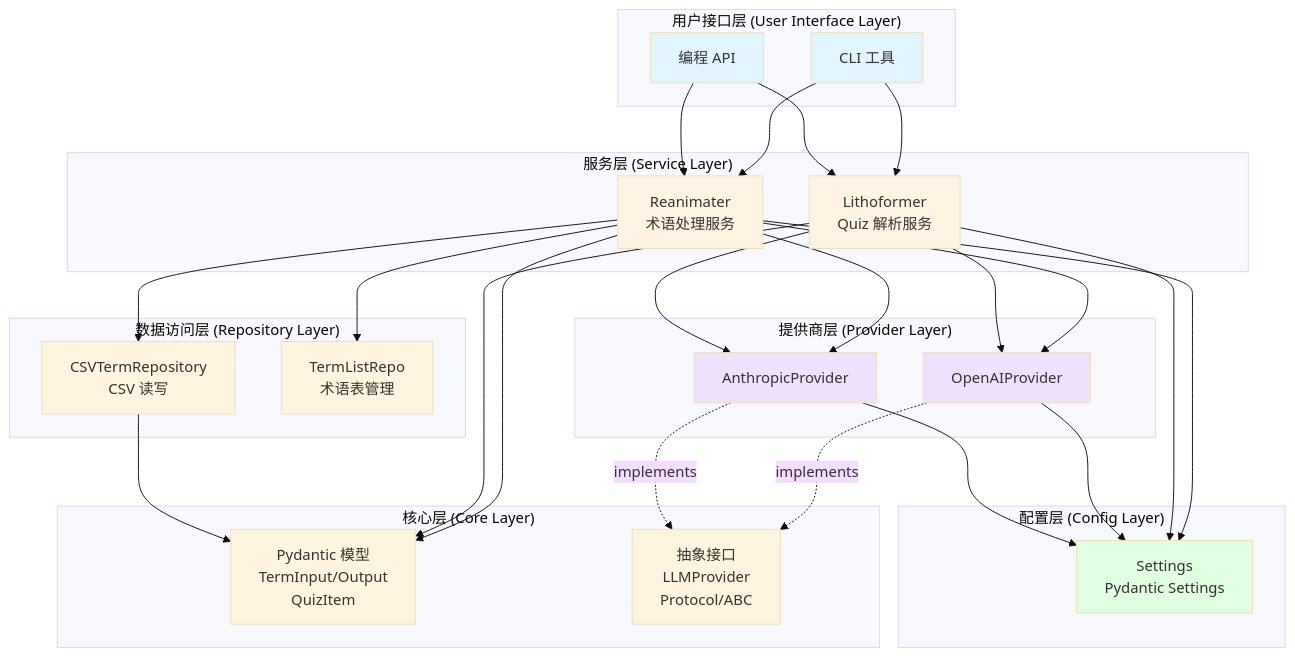
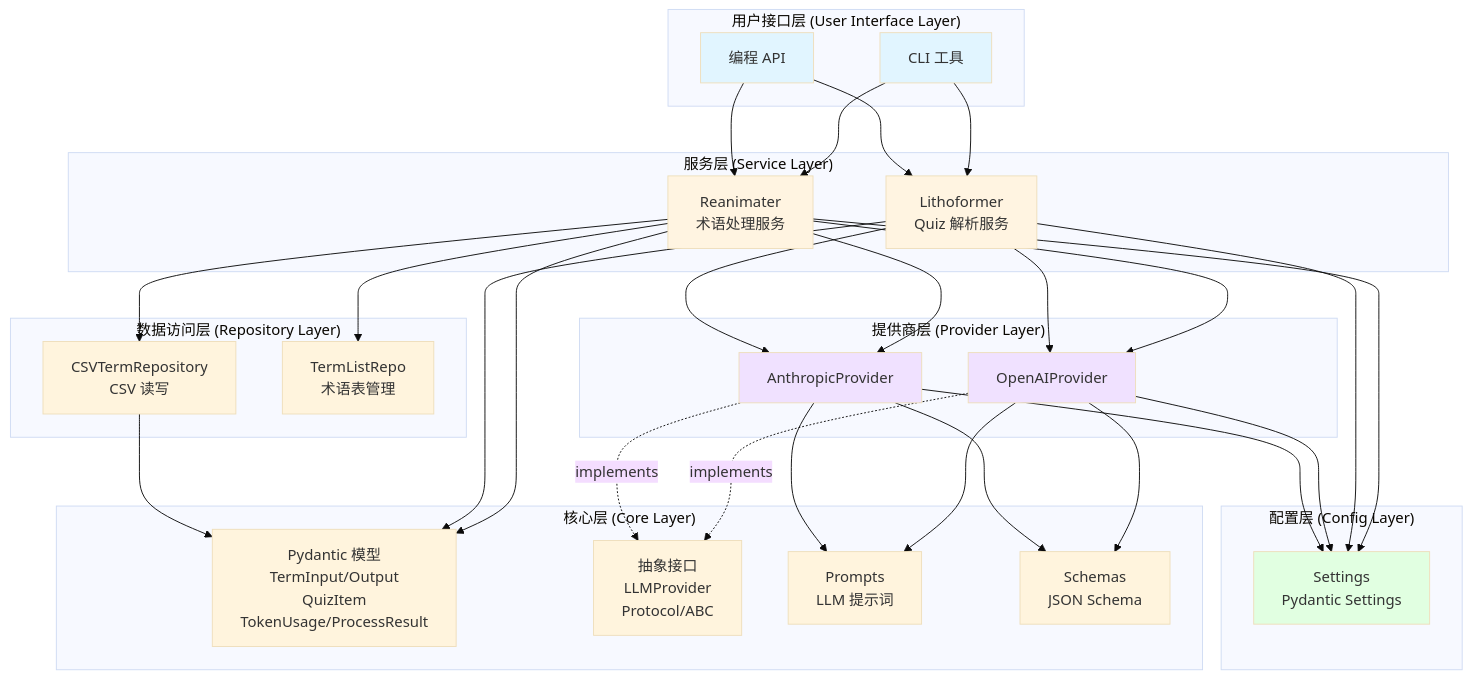
The first of 11 diagrams in ARCHITECTURE.md (C1M0N/Memosyne), drawn with Mermaid (base theme) before and after one commit. The commit also changed other lines of this file and 32 other files, not shown here.

````diff
--- a/ARCHITECTURE.md
+++ b/ARCHITECTURE.md
@@ -45,64 +47,71 @@
 ```mermaid
 graph TB
     subgraph "用户接口层 (User Interface Layer)"
         CLI[CLI 工具]
         API[编程 API]
     end
 
     subgraph "服务层 (Service Layer)"
         Reanimater[Reanimater<br/>术语处理服务]
         Lithoformer[Lithoformer<br/>Quiz 解析服务]
     end
 
     subgraph "提供商层 (Provider Layer)"
         OpenAI[OpenAIProvider]
         Anthropic[AnthropicProvider]
     end
 
     subgraph "数据访问层 (Repository Layer)"
         CSVRepo[CSVTermRepository<br/>CSV 读写]
         TermList[TermListRepo<br/>术语表管理]
     end
 
     subgraph "核心层 (Core Layer)"
-        Models[Pydantic 模型<br/>TermInput/Output<br/>QuizItem]
+        Models[Pydantic 模型<br/>TermInput/Output<br/>QuizItem<br/>TokenUsage/ProcessResult]
         Interfaces[抽象接口<br/>LLMProvider<br/>Protocol/ABC]
+        Prompts[Prompts<br/>LLM 提示词]
+        Schemas[Schemas<br/>JSON Schema]
     end
 
     subgraph "配置层 (Config Layer)"
         Settings[Settings<br/>Pydantic Settings]
     end
 
     CLI --> Reanimater
     CLI --> Lithoformer
     API --> Reanimater
     API --> Lithoformer
 
     Reanimater --> OpenAI
     Reanimater --> Anthropic
     Reanimater --> CSVRepo
     Reanimater --> TermList
 
     Lithoformer --> OpenAI
     Lithoformer --> Anthropic
 
     OpenAI -.implements.-> Interfaces
     Anthropic -.implements.-> Interfaces
 
     Reanimater --> Models
     Lithoformer --> Models
     CSVRepo --> Models
 
+    OpenAI --> Prompts
+    OpenAI --> Schemas
+    Anthropic --> Prompts
+    Anthropic --> Schemas
+
     Reanimater --> Settings
     Lithoformer --> Settings
     OpenAI --> Settings
     Anthropic --> Settings
 
     style CLI fill:#e1f5ff
     style API fill:#e1f5ff
     style Reanimater fill:#fff4e1
     style Lithoformer fill:#fff4e1
     style OpenAI fill:#f0e1ff
     style Anthropic fill:#f0e1ff
     style Settings fill:#e1ffe1
 ```
````
